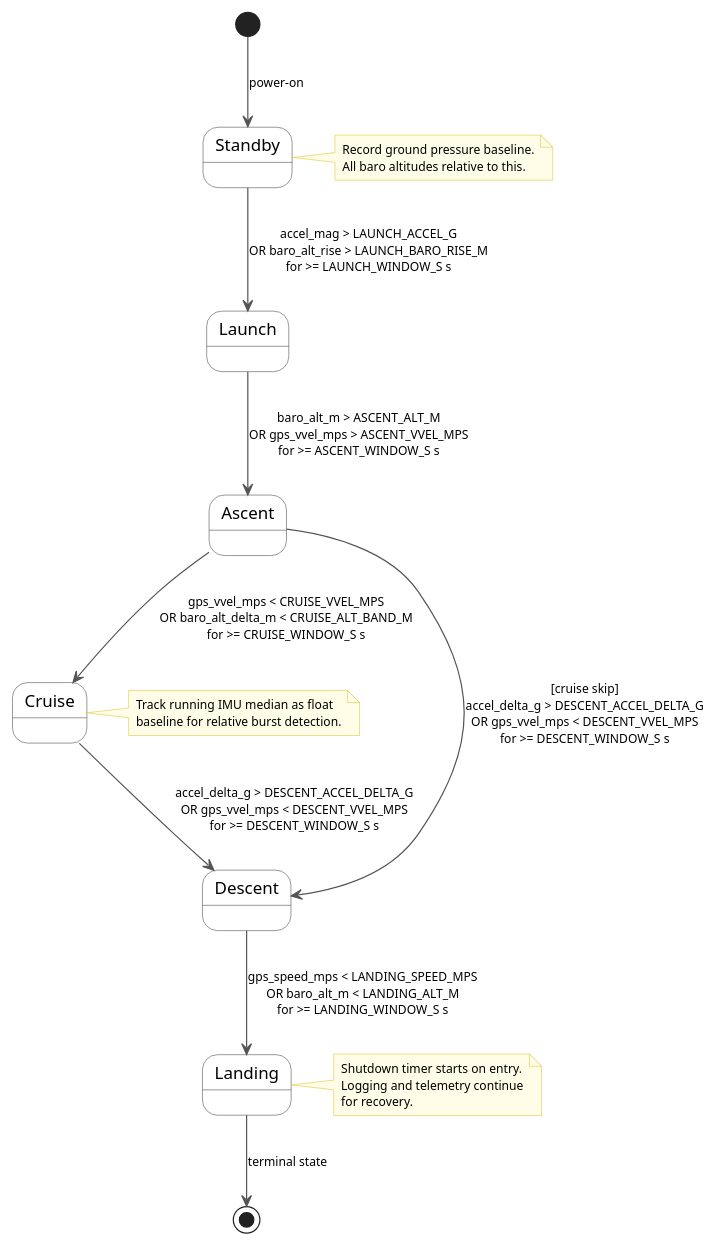
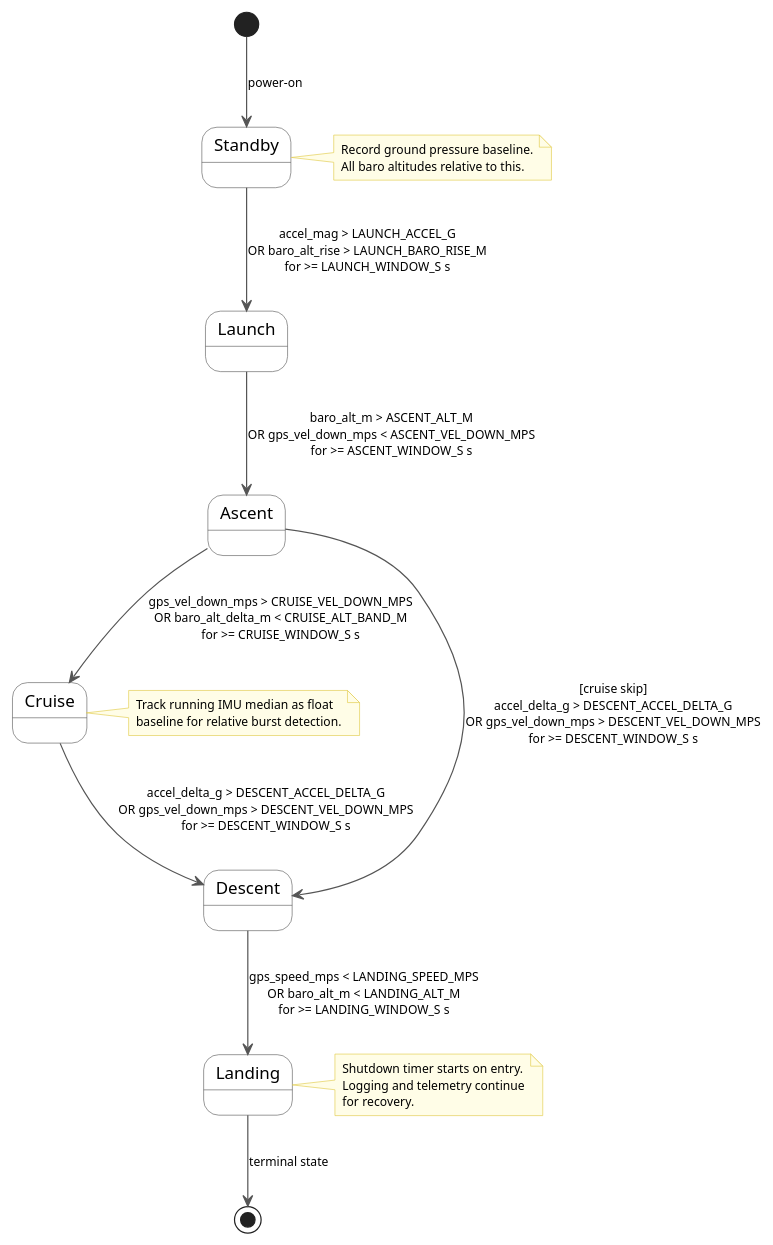
Before and after one commit to k-hesselmann/scsd-lakitu-cubesat: the diagram in firmware-stm32/docs/fsm_diagram.puml, drawn with PlantUML. The commit also changed 10 other files, not shown here.

```diff
--- a/firmware-stm32/docs/fsm_diagram.puml
+++ b/firmware-stm32/docs/fsm_diagram.puml
@@ -1,49 +1,49 @@
 @startuml FSW Flight State Machine
 
 skinparam state {
   BackgroundColor White
   BorderColor #555
   FontName Helvetica
   ArrowColor #555
   ArrowFontSize 10
 }
 
 skinparam note {
   BackgroundColor #FFFDE7
   BorderColor #E0C940
   FontSize 10
 }
 
 [*] --> Standby : power-on
 
 Standby --> Launch : accel_mag > LAUNCH_ACCEL_G\nOR baro_alt_rise > LAUNCH_BARO_RISE_M\nfor >= LAUNCH_WINDOW_S s
 
-Launch --> Ascent : baro_alt_m > ASCENT_ALT_M\nOR gps_vvel_mps > ASCENT_VVEL_MPS\nfor >= ASCENT_WINDOW_S s
+Launch --> Ascent : baro_alt_m > ASCENT_ALT_M\nOR gps_vel_down_mps < ASCENT_VEL_DOWN_MPS\nfor >= ASCENT_WINDOW_S s
 
-Ascent --> Cruise : gps_vvel_mps < CRUISE_VVEL_MPS\nOR baro_alt_delta_m < CRUISE_ALT_BAND_M\nfor >= CRUISE_WINDOW_S s
+Ascent --> Cruise : gps_vel_down_mps > CRUISE_VEL_DOWN_MPS\nOR baro_alt_delta_m < CRUISE_ALT_BAND_M\nfor >= CRUISE_WINDOW_S s
 
-Ascent --> Descent : [cruise skip]\naccel_delta_g > DESCENT_ACCEL_DELTA_G\nOR gps_vvel_mps < DESCENT_VVEL_MPS\nfor >= DESCENT_WINDOW_S s
+Ascent --> Descent : [cruise skip]\naccel_delta_g > DESCENT_ACCEL_DELTA_G\nOR gps_vel_down_mps > DESCENT_VEL_DOWN_MPS\nfor >= DESCENT_WINDOW_S s
 
-Cruise --> Descent : accel_delta_g > DESCENT_ACCEL_DELTA_G\nOR gps_vvel_mps < DESCENT_VVEL_MPS\nfor >= DESCENT_WINDOW_S s
+Cruise --> Descent : accel_delta_g > DESCENT_ACCEL_DELTA_G\nOR gps_vel_down_mps > DESCENT_VEL_DOWN_MPS\nfor >= DESCENT_WINDOW_S s
 
 Descent --> Landing : gps_speed_mps < LANDING_SPEED_MPS\nOR baro_alt_m < LANDING_ALT_M\nfor >= LANDING_WINDOW_S s
 
 Landing --> [*] : terminal state
 
 note right of Standby
   Record ground pressure baseline.
   All baro altitudes relative to this.
 end note
 
 note right of Cruise
   Track running IMU median as float
   baseline for relative burst detection.
 end note
 
 note right of Landing
   Shutdown timer starts on entry.
   Logging and telemetry continue
   for recovery.
 end note
 
 @enduml
```
